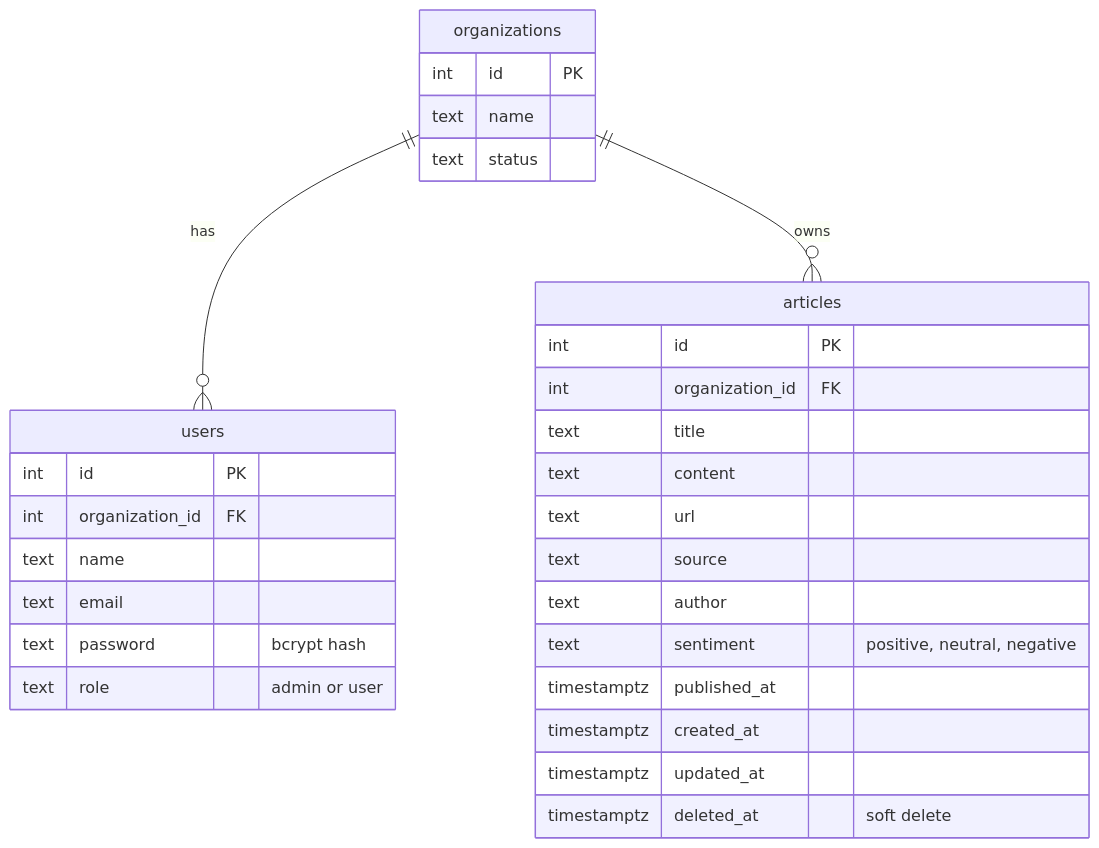
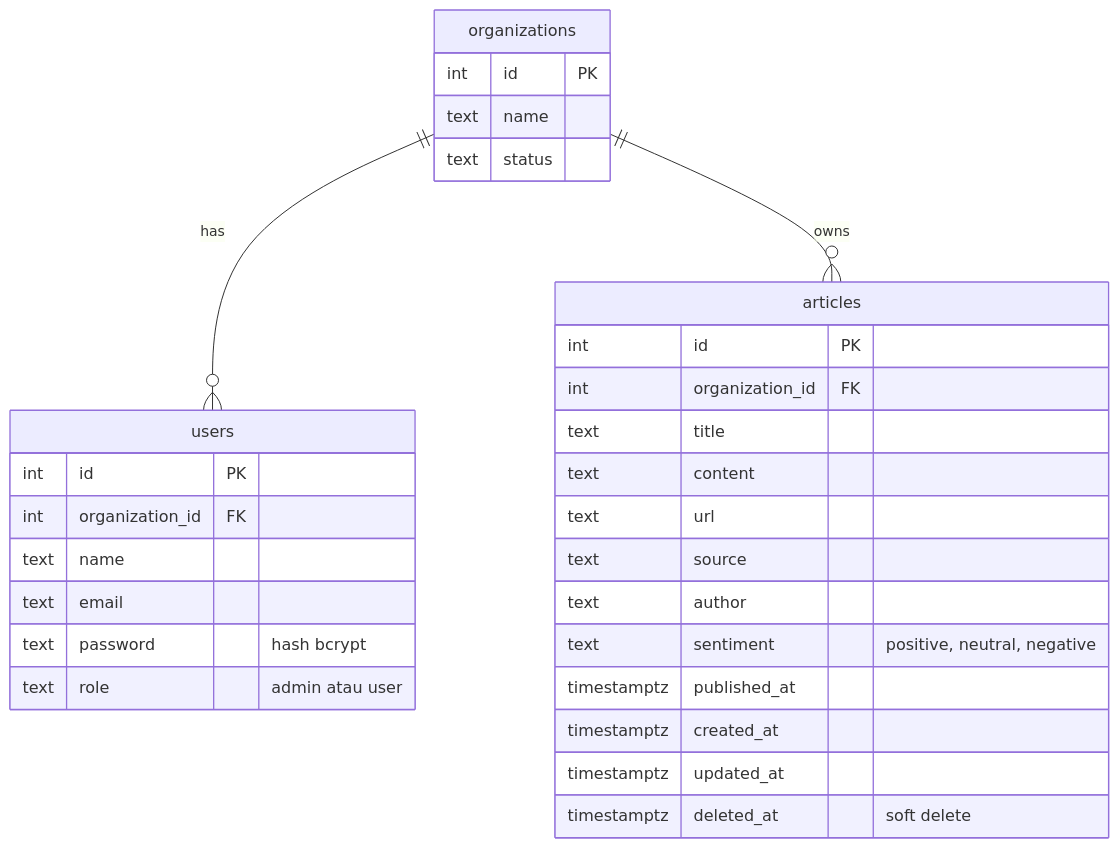
Before and after one commit to farprima/digivla-media-monitoring-js: the first of 2 diagrams in README.md, drawn with Mermaid. The commit also changed other lines of this file, not shown here.

````diff
--- a/README.md
+++ b/README.md
@@ -121,35 +121,35 @@
 ```mermaid
 erDiagram
     organizations ||--o{ users : has
     organizations ||--o{ articles : owns
 
     organizations {
         int id PK
         text name
         text status
     }
 
     users {
         int id PK
         int organization_id FK
         text name
         text email
-        text password "bcrypt hash"
-        text role "admin or user"
+        text password "hash bcrypt"
+        text role "admin atau user"
     }
 
     articles {
         int id PK
         int organization_id FK
         text title
         text content
         text url
         text source
         text author
         text sentiment "positive, neutral, negative"
         timestamptz published_at
         timestamptz created_at
         timestamptz updated_at
         timestamptz deleted_at "soft delete"
     }
 ```
````
